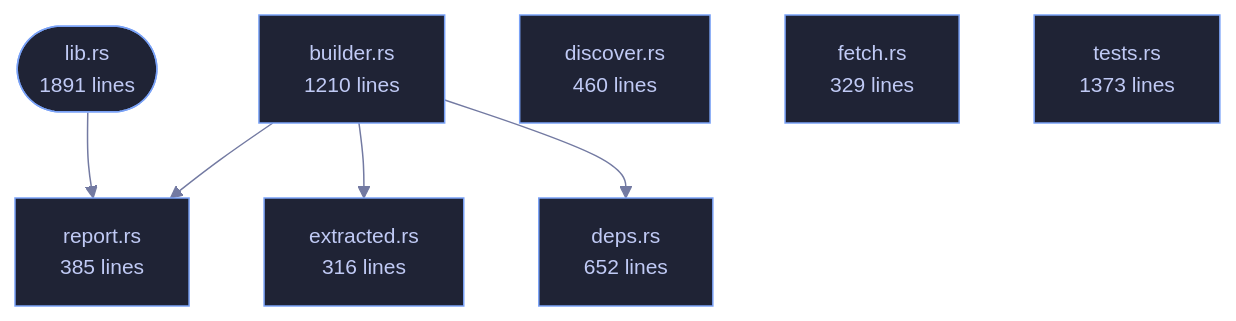
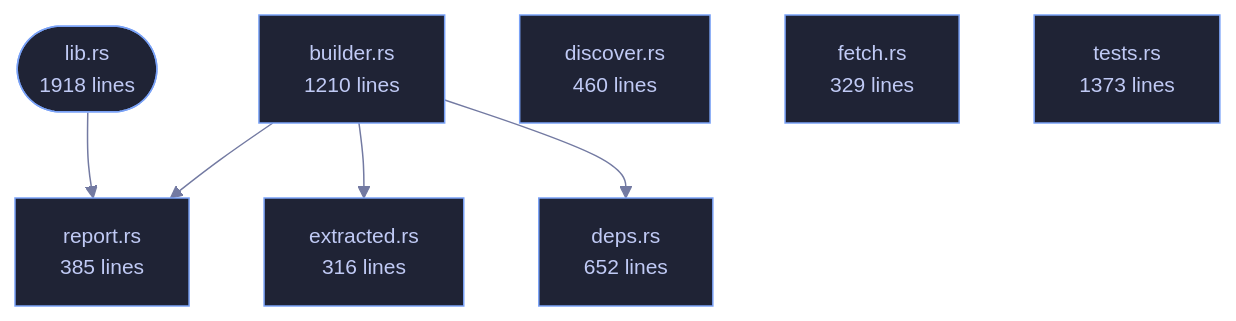
The diagram in crates/veilvoice-verify/README.md (tilas01/veilvoice), drawn with Mermaid before and after one commit. The commit also changed other lines of this file and 53 other files, not shown here.

````diff
--- a/crates/veilvoice-verify/README.md
+++ b/crates/veilvoice-verify/README.md
@@ -93,24 +93,24 @@
 ```mermaid
 %%{init: {"theme":"base","themeVariables":{"background":"#1a1b26","primaryColor":"#1f2335","primaryTextColor":"#c0caf5","primaryBorderColor":"#7aa2f7","secondaryColor":"#16161e","tertiaryColor":"#16161e","lineColor":"#737aa2","textColor":"#c0caf5","mainBkg":"#1f2335","nodeBorder":"#7aa2f7","clusterBkg":"#16161e","clusterBorder":"#2f3549","fontFamily":"ui-monospace, SFMono-Regular, Consolas, monospace","fontSize":"14px"}}}%%
 flowchart TD
-    n_lib(["lib.rs<br/>1891 lines"])
+    n_lib(["lib.rs<br/>1918 lines"])
     n_builder["builder.rs<br/>1210 lines"]
     n_deps["deps.rs<br/>652 lines"]
     n_discover["discover.rs<br/>460 lines"]
     n_extracted["extracted.rs<br/>316 lines"]
     n_fetch["fetch.rs<br/>329 lines"]
     n_report["report.rs<br/>385 lines"]
     n_tests["tests.rs<br/>1373 lines"]
     n_builder --> n_deps
     n_builder --> n_extracted
     n_builder --> n_report
     n_lib --> n_report
     click n_lib href "https://github.com/tilas01/veilvoice/blob/main/crates/veilvoice-verify/src/lib.rs" "open the source"
     click n_builder href "https://github.com/tilas01/veilvoice/blob/main/crates/veilvoice-verify/src/builder.rs" "open the source"
     click n_deps href "https://github.com/tilas01/veilvoice/blob/main/crates/veilvoice-verify/src/deps.rs" "open the source"
     click n_discover href "https://github.com/tilas01/veilvoice/blob/main/crates/veilvoice-verify/src/discover.rs" "open the source"
     click n_extracted href "https://github.com/tilas01/veilvoice/blob/main/crates/veilvoice-verify/src/extracted.rs" "open the source"
     click n_fetch href "https://github.com/tilas01/veilvoice/blob/main/crates/veilvoice-verify/src/fetch.rs" "open the source"
     click n_report href "https://github.com/tilas01/veilvoice/blob/main/crates/veilvoice-verify/src/report.rs" "open the source"
     click n_tests href "https://github.com/tilas01/veilvoice/blob/main/crates/veilvoice-verify/src/tests.rs" "open the source"
 ```
````
